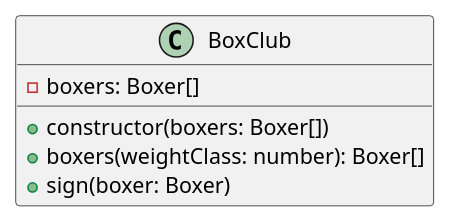
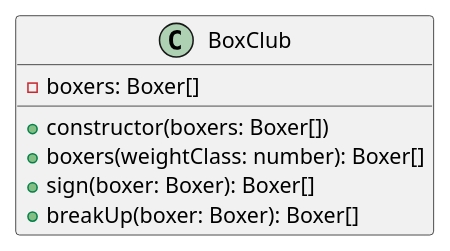
Before and after one commit to krisztiankazinczi/bh-fst01: the diagram in docs/exercises/oop/hard/boxing/BoxClub.plantuml, drawn with PlantUML. The commit also changed 5 other files, not shown here.

```diff
--- a/docs/exercises/oop/hard/boxing/BoxClub.plantuml
+++ b/docs/exercises/oop/hard/boxing/BoxClub.plantuml
@@ -1,9 +1,10 @@
 @startuml
 class BoxClub {
     - boxers: Boxer[]
 
     + constructor(boxers: Boxer[])
     + boxers(weightClass: number): Boxer[]
-    + sign(boxer: Boxer)
+    + sign(boxer: Boxer): Boxer[]
+    + breakUp(boxer: Boxer): Boxer[]
 }
 @enduml
```
